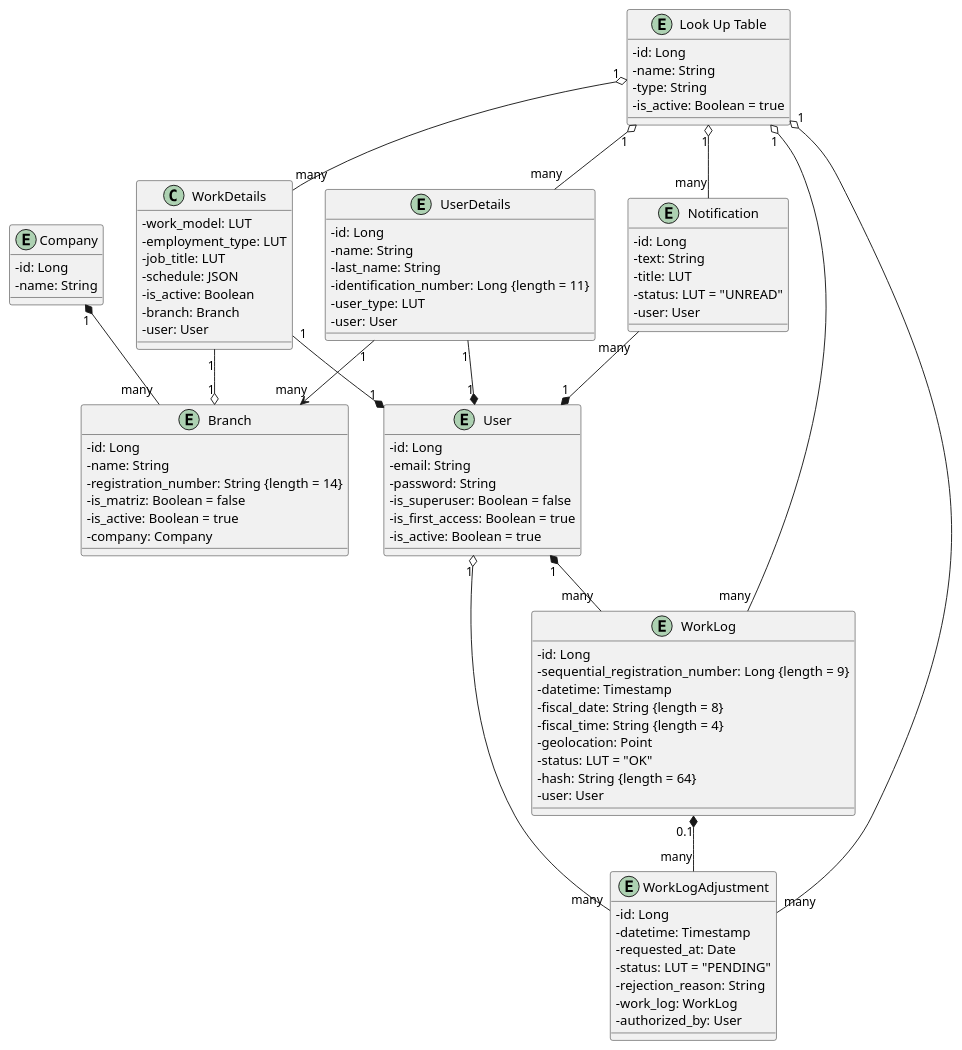
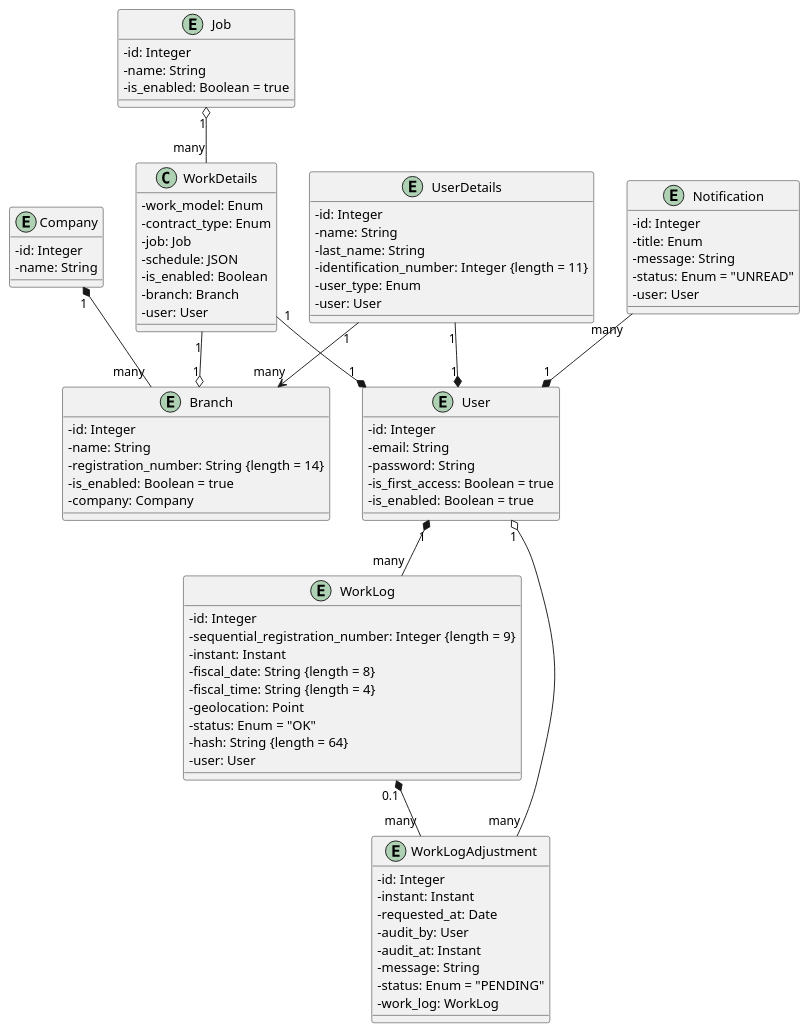
Before and after one commit to yamacinelli/elefante: the diagram in docs/diagrams/business.wsd, drawn with PlantUML. The commit also changed 21 other files, not shown here.

```diff
--- a/docs/diagrams/business.wsd
+++ b/docs/diagrams/business.wsd
@@ -1,121 +1,115 @@
 @startuml business
 skinparam classAttributeIconSize 0
 
-' ===== LUT =====
-entity "Look Up Table" as LUT {
-  - id: Long
+' ===== Job =====
+entity "Job" {
+  - id: Integer
   - name: String
-  - type: String
-  - is_active: Boolean = true
+  - is_enabled: Boolean = true
 }
 
 ' ===== Work Details =====
 class WorkDetails {
-  - work_model: LUT
-  - employment_type: LUT
-  - job_title: LUT
+  - work_model: Enum
+  - contract_type: Enum
+  - job: Job
   - schedule: JSON
-  - is_active: Boolean
+  - is_enabled: Boolean
   - branch: Branch
   - user: User
 }
 
 ' ===== Company =====
 entity Company {
-  - id: Long
+  - id: Integer
   - name: String
 }
 
 ' ===== Branch =====
 entity Branch {
-  - id: Long
+  - id: Integer
   - name: String
   - registration_number: String {length = 14}
-  - is_matriz: Boolean = false
-  - is_active: Boolean = true
+  - is_enabled: Boolean = true
   - company: Company
 }
 
 ' ===== User Details =====
 entity UserDetails {
-  - id: Long
+  - id: Integer
   - name: String
   - last_name: String
-  - identification_number: Long {length = 11}
-  - user_type: LUT
+  - identification_number: Integer {length = 11}
+  - user_type: Enum
   - user: User
 }
 
 ' ===== User =====
 entity User {
-  - id: Long
+  - id: Integer
   - email: String
   - password: String
-  - is_superuser: Boolean = false
   - is_first_access: Boolean = true
-  - is_active: Boolean = true
+  - is_enabled: Boolean = true
 }
 
 ' ===== Work Log =====
 entity WorkLog {
-  - id: Long
-  - sequential_registration_number: Long {length = 9}
-  - datetime: Timestamp
+  - id: Integer
+  - sequential_registration_number: Integer {length = 9}
+  - instant: Instant
   - fiscal_date: String {length = 8}
   - fiscal_time: String {length = 4}
   - geolocation: Point
-  - status: LUT = "OK"
+  - status: Enum = "OK"
   - hash: String {length = 64}
   - user: User
 }
 
 ' ===== Work Log Adjustment =====
 entity WorkLogAdjustment {
-  - id: Long
-  - datetime: Timestamp
+  - id: Integer
+  - instant: Instant
   - requested_at: Date
-  - status: LUT = "PENDING"
-  - rejection_reason: String
+  - audit_by: User
+  - audit_at: Instant
+  - message: String
+  - status: Enum = "PENDING"
   - work_log: WorkLog
-  - authorized_by: User
 }
 
 ' ===== Notification =====
 entity Notification {
-  - id: Long
-  - text: String
-  - title: LUT
-  - status: LUT = "UNREAD"
+  - id: Integer
+  - title: Enum
+  - message: String
+  - status: Enum = "UNREAD"
   - user: User
 }
 
 ' ===== Relationships =====
 
-' LookUpTable LUT
-LUT "1" o-- "many" WorkDetails
-LUT "1" o-- "many" UserDetails
-LUT "1" o-- "many" WorkLog
-LUT "1" o-- "many" WorkLogAdjustment
-LUT "1" o-- "many" Notification
+' Job
+Job "1" o-- "many" WorkDetails
 
 ' Company
 Company "1" *-- "many" Branch
 
 ' UserDetails
 UserDetails "1" --* "1" User
 UserDetails "1" --> "many" Branch
 
 ' Notification
 Notification "many" --* "1" User
 
 ' WorkDetails
 WorkDetails "1" --o "1" Branch
 WorkDetails "1" --* "1" User
 
 ' WorkLog
 User "1" *-- "many" WorkLog
 WorkLog "0.1" *-- "many" WorkLogAdjustment
 
 ' WorkLogAdjustment
 WorkLogAdjustment "many" --o "1" User
 @enduml
```
